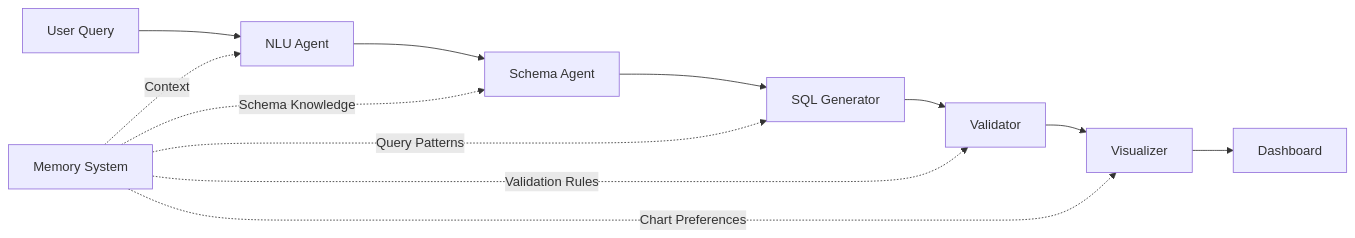
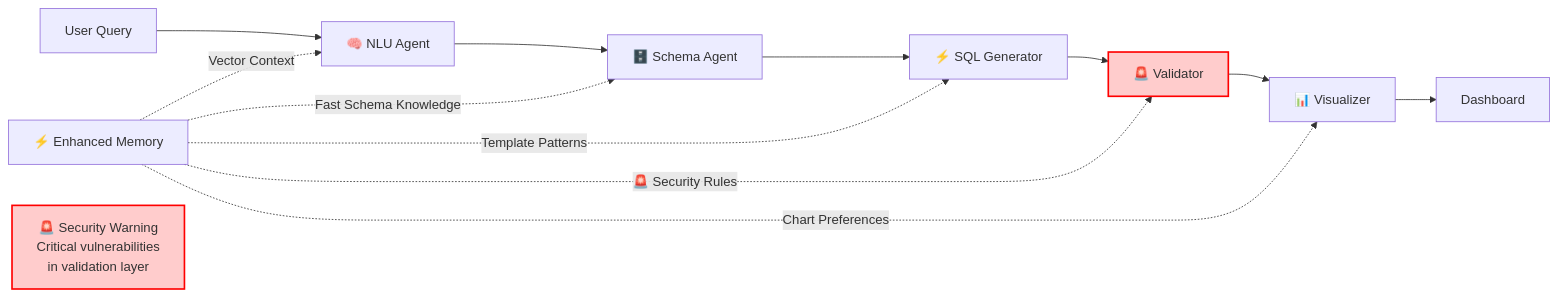
One commit to Ab2021/infra changed the second of 8 diagrams in MEMORY_AGENTS_DASHBOARD_GUIDE.md. Above: the diagram before and after it, drawn with Mermaid. The commit also changed other lines of this file and 4 other files, not shown here.

````diff
--- a/MEMORY_AGENTS_DASHBOARD_GUIDE.md
+++ b/MEMORY_AGENTS_DASHBOARD_GUIDE.md
@@ -104,15 +133,20 @@
 ```mermaid
 graph LR
-    A[User Query] --> B[NLU Agent]
-    B --> C[Schema Agent]
-    C --> D[SQL Generator]
-    D --> E[Validator]
-    E --> F[Visualizer]
+    A[User Query] --> B[🧠 NLU Agent]
+    B --> C[🗄️ Schema Agent]
+    C --> D[⚡ SQL Generator]
+    D --> E[🚨 Validator]
+    E --> F[📊 Visualizer]
     F --> G[Dashboard]
     
-    H[Memory System] -.->|Context| B
-    H -.->|Schema Knowledge| C
-    H -.->|Query Patterns| D
-    H -.->|Validation Rules| E
+    H[⚡ Enhanced Memory] -.->|Vector Context| B
+    H -.->|Fast Schema Knowledge| C
+    H -.->|Template Patterns| D
+    H -.->|🚨 Security Rules| E
     H -.->|Chart Preferences| F
+    
+    I[🚨 Security Warning<br/>Critical vulnerabilities<br/>in validation layer]
+    
+    style E fill:#ffcccc,stroke:#ff0000,stroke-width:2px
+    style I fill:#ffcccc,stroke:#ff0000,stroke-width:2px
 ```
````
